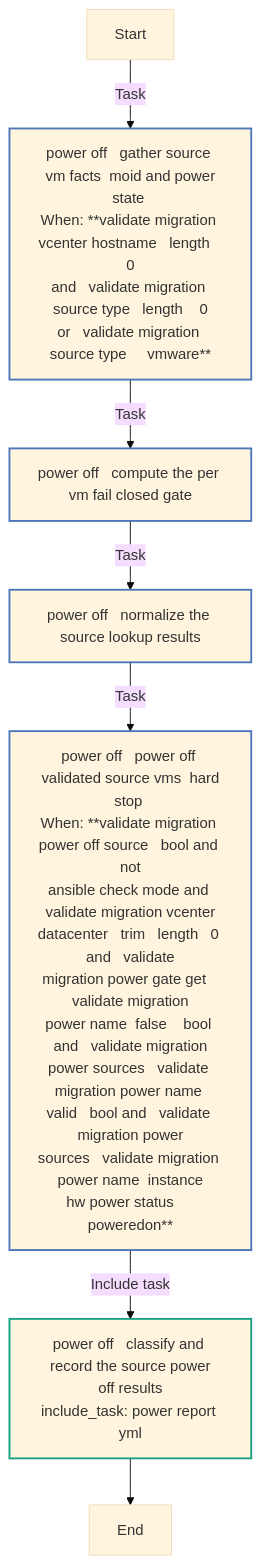
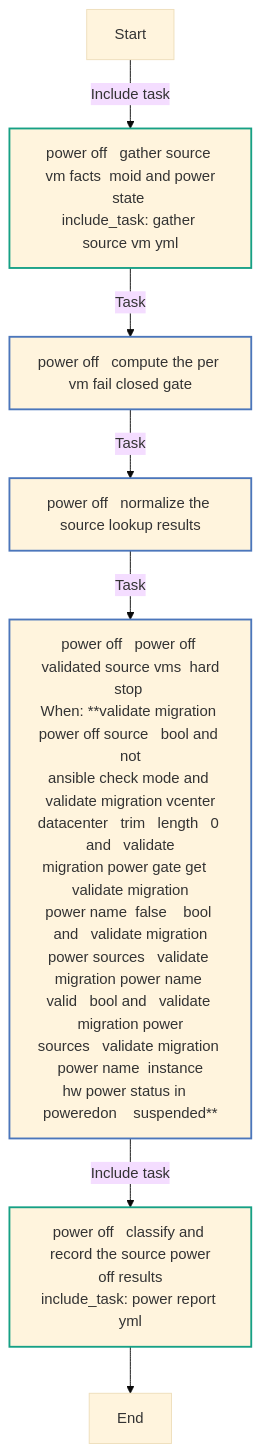
The fourth of 13 diagrams in roles/validate_migration/README.md (redhat-cop/openshift_virtualization_migration), drawn with Mermaid (base theme) before and after one commit. The commit also changed other lines of this file and 10 other files, not shown here.

````diff
--- a/roles/validate_migration/README.md
+++ b/roles/validate_migration/README.md
@@ -368,19 +416,19 @@
 ```mermaid
 flowchart TD
 Start
 classDef block stroke:#3498db,stroke-width:2px;
 classDef task stroke:#4b76bb,stroke-width:2px;
 classDef includeTasks stroke:#16a085,stroke-width:2px;
 classDef importTasks stroke:#34495e,stroke-width:2px;
 classDef includeRole stroke:#2980b9,stroke-width:2px;
 classDef importRole stroke:#699ba7,stroke-width:2px;
 classDef includeVars stroke:#8e44ad,stroke-width:2px;
 classDef rescue stroke:#665352,stroke-width:2px;
 
-  Start-->|Task| power_off___Gather_source_VM_facts__moid_and_power_state_0[power off   gather source vm facts  moid and power<br>state <br>When: **validate migration vcenter hostname   length   0<br>and   validate migration source type   length    0<br>or   validate migration source type     vmware**]:::task
-  power_off___Gather_source_VM_facts__moid_and_power_state_0-->|Task| power_off___Compute_the_per_VM_fail_closed_gate1[power off   compute the per vm fail closed gate]:::task
+  Start-->|Include task| power_off___Gather_source_VM_facts__moid_and_power_state__gather_source_vm_yml_0[power off   gather source vm facts  moid and power<br>state <br>include_task: gather source vm yml]:::includeTasks
+  power_off___Gather_source_VM_facts__moid_and_power_state__gather_source_vm_yml_0-->|Task| power_off___Compute_the_per_VM_fail_closed_gate1[power off   compute the per vm fail closed gate]:::task
   power_off___Compute_the_per_VM_fail_closed_gate1-->|Task| power_off___Normalize_the_source_lookup_results2[power off   normalize the source lookup results]:::task
-  power_off___Normalize_the_source_lookup_results2-->|Task| power_off___Power_off_validated_source_VMs__hard_stop_3[power off   power off validated source vms  hard<br>stop <br>When: **validate migration power off source   bool and not<br>ansible check mode and validate migration vcenter<br>datacenter   trim   length   0 and   validate<br>migration power gate get   validate migration<br>power name  false    bool and   validate migration<br>power sources   validate migration power name <br>valid   bool and   validate migration power<br>sources   validate migration power name  instance<br>hw power status     poweredon**]:::task
+  power_off___Normalize_the_source_lookup_results2-->|Task| power_off___Power_off_validated_source_VMs__hard_stop_3[power off   power off validated source vms  hard<br>stop <br>When: **validate migration power off source   bool and not<br>ansible check mode and validate migration vcenter<br>datacenter   trim   length   0 and   validate<br>migration power gate get   validate migration<br>power name  false    bool and   validate migration<br>power sources   validate migration power name <br>valid   bool and   validate migration power<br>sources   validate migration power name  instance<br>hw power status in   poweredon    suspended**]:::task
   power_off___Power_off_validated_source_VMs__hard_stop_3-->|Include task| power_off___Classify_and_record_the_source_power_off_results_power_report_yml_4[power off   classify and record the source power<br>off results<br>include_task: power report yml]:::includeTasks
   power_off___Classify_and_record_the_source_power_off_results_power_report_yml_4-->End
 ```
````
